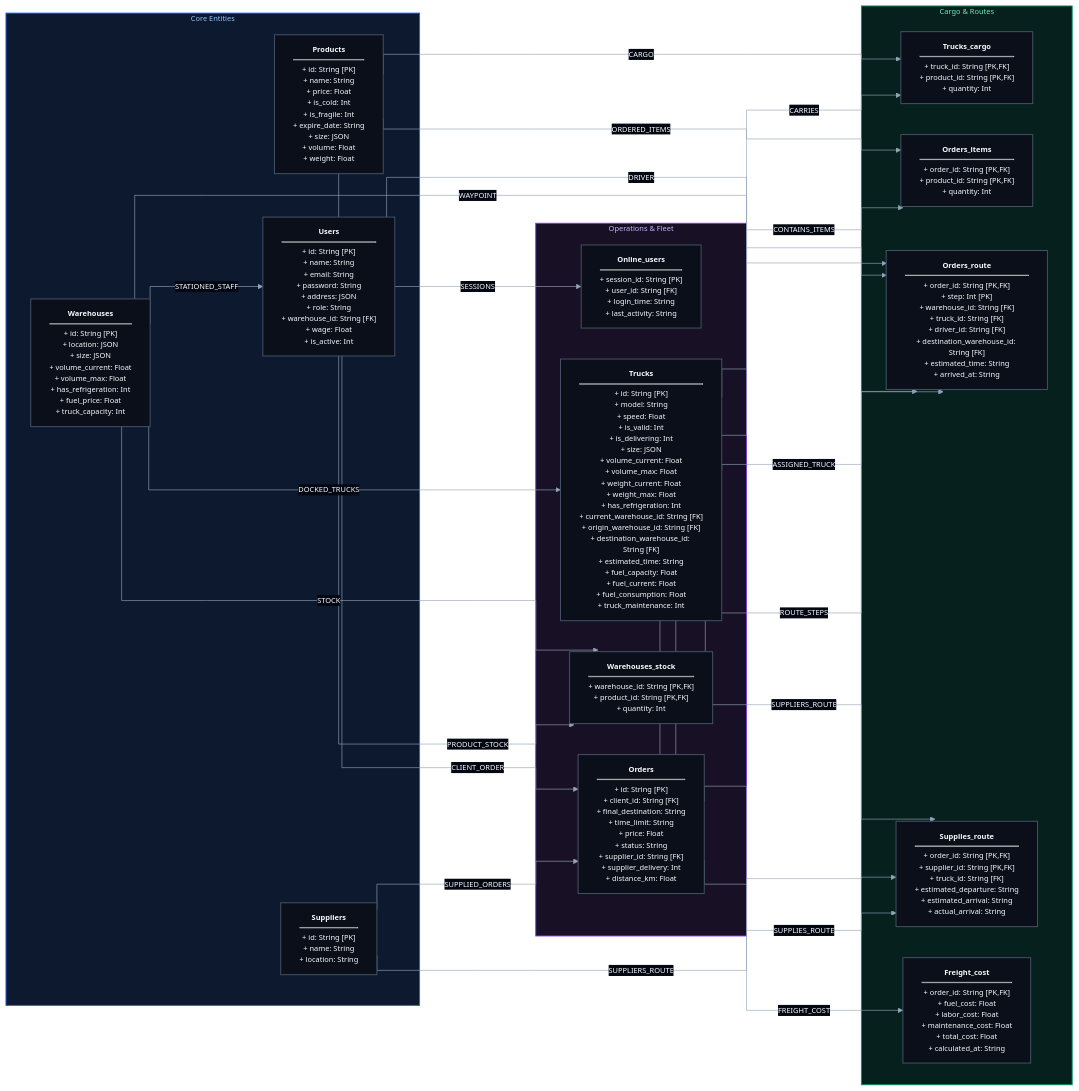
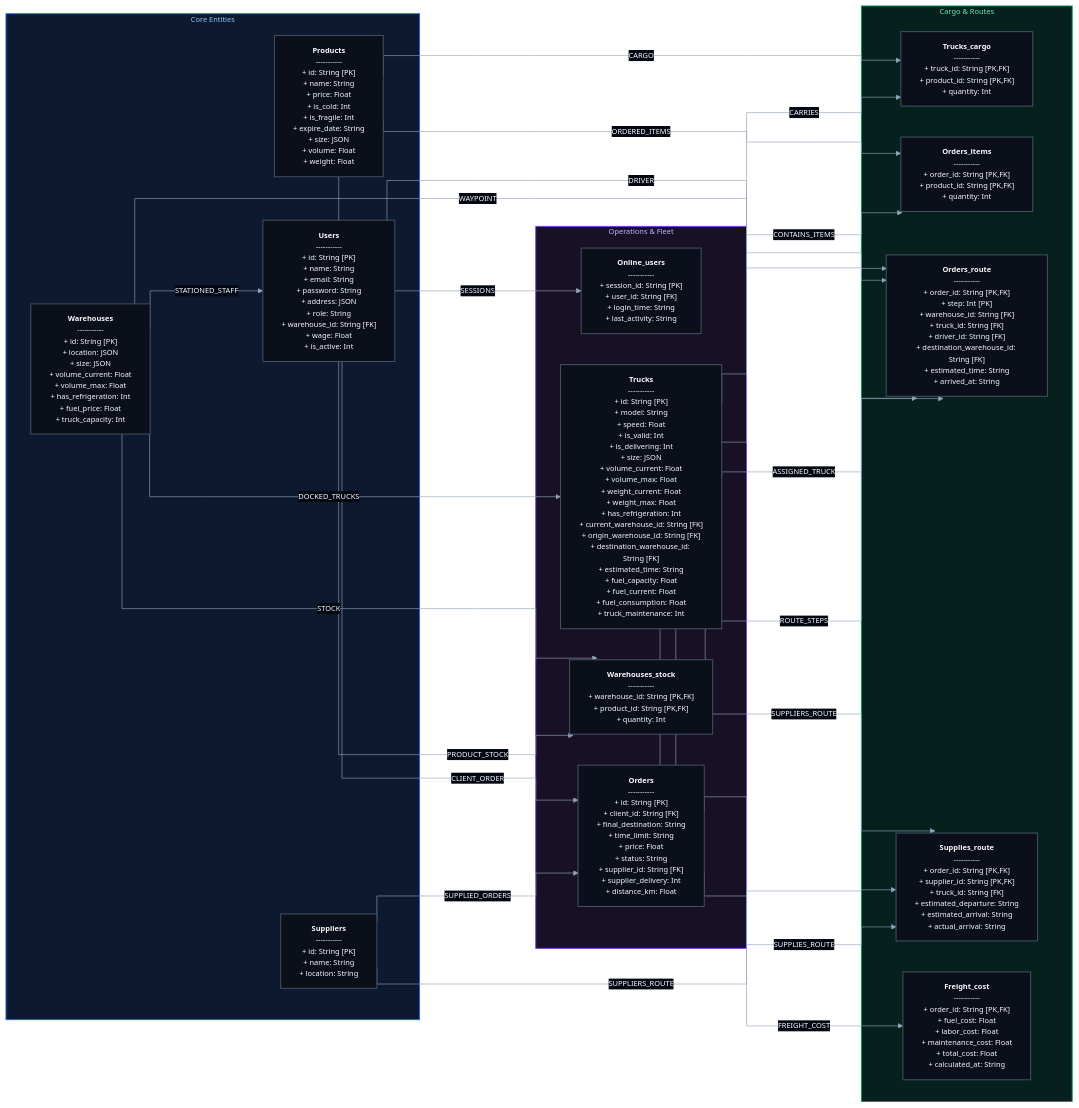
One commit to Bruno-Grosso/Simple-Logistic-System changed the diagram in back/db/UML/scheme.md. Above: the diagram before and after it, drawn with Mermaid. The commit also changed other lines of this file, not shown here.

````diff
--- a/back/db/UML/scheme.md
+++ b/back/db/UML/scheme.md
@@ -9,72 +14,70 @@
 ```mermaid
 %%{init: {
   'theme': 'base',
   'flowchart': {
     'curve': 'stepBefore',
     'nodeSpacing': 50,
     'rankSpacing': 80
   },
   'themeVariables': {
     'darkMode': true,
     'background': '#030712',
     'primaryColor': '#0f172a',
     'primaryTextColor': '#f8fafc',
     'primaryBorderColor': '#475569',
     'lineColor': '#94a3b8',
     'textColor': '#f8fafc',
     'edgeLabelBackground': '#030712',
     'fontSize': '12px'
   }
 }}%%
 flowchart LR
 
     classDef default fill:#0b0f19,stroke:#475569,stroke-width:1.5px,color:#f8fafc;
 
     subgraph Core ["Core Entities"]
-        USERS["<b>Users</b><hr/>+ id: String [PK]<br/>+ name: String<br/>+ email: String<br/>+ password: String<br/>+ address: JSON<br/>+ role: String<br/>+ warehouse_id: String [FK]<br/>+ wage: Float<br/>+ is_active: Int"]
-        PRODUCTS["<b>Products</b><hr/>+ id: String [PK]<br/>+ name: String<br/>+ price: Float<br/>+ is_cold: Int<br/>+ is_fragile: Int<br/>+ expire_date: String<br/>+ size: JSON<br/>+ volume: Float<br/>+ weight: Float"]
-        WAREHOUSES["<b>Warehouses</b><hr/>+ id: String [PK]<br/>+ location: JSON<br/>+ size: JSON<br/>+ volume_current: Float<br/>+ volume_max: Float<br/>+ has_refrigeration: Int<br/>+ fuel_price: Float<br/>+ truck_capacity: Int"]
-        SUPPLIERS["<b>Suppliers</b><hr/>+ id: String [PK]<br/>+ name: String<br/>+ location: String"]
+        USERS["<b>Users</b><br/>-----------<br/>+ id: String [PK]<br/>+ name: String<br/>+ email: String<br/>+ password: String<br/>+ address: JSON<br/>+ role: String<br/>+ warehouse_id: String [FK]<br/>+ wage: Float<br/>+ is_active: Int"]
+        PRODUCTS["<b>Products</b><br/>-----------<br/>+ id: String [PK]<br/>+ name: String<br/>+ price: Float<br/>+ is_cold: Int<br/>+ is_fragile: Int<br/>+ expire_date: String<br/>+ size: JSON<br/>+ volume: Float<br/>+ weight: Float"]
+        WAREHOUSES["<b>Warehouses</b><br/>-----------<br/>+ id: String [PK]<br/>+ location: JSON<br/>+ size: JSON<br/>+ volume_current: Float<br/>+ volume_max: Float<br/>+ has_refrigeration: Int<br/>+ fuel_price: Float<br/>+ truck_capacity: Int"]
+        SUPPLIERS["<b>Suppliers</b><br/>-----------<br/>+ id: String [PK]<br/>+ name: String<br/>+ location: String"]
     end
 
     subgraph Operations ["Operations & Fleet"]
-        ONLINE_USERS["<b>Online_users</b><hr/>+ session_id: String [PK]<br/>+ user_id: String [FK]<br/>+ login_time: String<br/>+ last_activity: String"]
-        TRUCKS["<b>Trucks</b><hr/>+ id: String [PK]<br/>+ model: String<br/>+ speed: Float<br/>+ is_valid: Int<br/>+ is_delivering: Int<br/>+ size: JSON<br/>+ volume_current: Float<br/>+ volume_max: Float<br/>+ weight_current: Float<br/>+ weight_max: Float<br/>+ has_refrigeration: Int<br/>+ current_warehouse_id: String [FK]<br/>+ origin_warehouse_id: String [FK]<br/>+ destination_warehouse_id: String [FK]<br/>+ estimated_time: String<br/>+ fuel_capacity: Float<br/>+ fuel_current: Float<br/>+ fuel_consumption: Float<br/>+ truck_maintenance: Int"]
-        WAREHOUSES_STOCK["<b>Warehouses_stock</b><hr/>+ warehouse_id: String [PK,FK]<br/>+ product_id: String [PK,FK]<br/>+ quantity: Int"]
-        ORDERS["<b>Orders</b><hr/>+ id: String [PK]<br/>+ client_id: String [FK]<br/>+ final_destination: String<br/>+ time_limit: String<br/>+ price: Float<br/>+ status: String<br/>+ supplier_id: String [FK]<br/>+ supplier_delivery: Int<br/>+ distance_km: Float"]
+        ONLINE_USERS["<b>Online_users</b><br/>-----------<br/>+ session_id: String [PK]<br/>+ user_id: String [FK]<br/>+ login_time: String<br/>+ last_activity: String"]
+        TRUCKS["<b>Trucks</b><br/>-----------<br/>+ id: String [PK]<br/>+ model: String<br/>+ speed: Float<br/>+ is_valid: Int<br/>+ is_delivering: Int<br/>+ size: JSON<br/>+ volume_current: Float<br/>+ volume_max: Float<br/>+ weight_current: Float<br/>+ weight_max: Float<br/>+ has_refrigeration: Int<br/>+ current_warehouse_id: String [FK]<br/>+ origin_warehouse_id: String [FK]<br/>+ destination_warehouse_id: String [FK]<br/>+ estimated_time: String<br/>+ fuel_capacity: Float<br/>+ fuel_current: Float<br/>+ fuel_consumption: Float<br/>+ truck_maintenance: Int"]
+        WAREHOUSES_STOCK["<b>Warehouses_stock</b><br/>-----------<br/>+ warehouse_id: String [PK,FK]<br/>+ product_id: String [PK,FK]<br/>+ quantity: Int"]
+        ORDERS["<b>Orders</b><br/>-----------<br/>+ id: String [PK]<br/>+ client_id: String [FK]<br/>+ final_destination: String<br/>+ time_limit: String<br/>+ price: Float<br/>+ status: String<br/>+ supplier_id: String [FK]<br/>+ supplier_delivery: Int<br/>+ distance_km: Float"]
     end
 
     subgraph Logistics ["Cargo & Routes"]
-        TRUCKS_CARGO["<b>Trucks_cargo</b><hr/>+ truck_id: String [PK,FK]<br/>+ product_id: String [PK,FK]<br/>+ quantity: Int"]
-        ORDERS_ITEMS["<b>Orders_items</b><hr/>+ order_id: String [PK,FK]<br/>+ product_id: String [PK,FK]<br/>+ quantity: Int"]
-        ORDERS_ROUTE["<b>Orders_route</b><hr/>+ order_id: String [PK,FK]<br/>+ step: Int [PK]<br/>+ warehouse_id: String [FK]<br/>+ truck_id: String [FK]<br/>+ driver_id: String [FK]<br/>+ destination_warehouse_id: String [FK]<br/>+ estimated_time: String<br/>+ arrived_at: String"]
-        SUPPLIES_ROUTE["<b>Supplies_route</b><hr/>+ order_id: String [PK,FK]<br/>+ supplier_id: String [PK,FK]<br/>+ truck_id: String [FK]<br/>+ estimated_departure: String<br/>+ estimated_arrival: String<br/>+ actual_arrival: String"]
-        FREIGHT_COST["<b>Freight_cost</b><hr/>+ order_id: String [PK,FK]<br/>+ fuel_cost: Float<br/>+ labor_cost: Float<br/>+ maintenance_cost: Float<br/>+ total_cost: Float<br/>+ calculated_at: String"]
+        TRUCKS_CARGO["<b>Trucks_cargo</b><br/>-----------<br/>+ truck_id: String [PK,FK]<br/>+ product_id: String [PK,FK]<br/>+ quantity: Int"]
+        ORDERS_ITEMS["<b>Orders_items</b><br/>-----------<br/>+ order_id: String [PK,FK]<br/>+ product_id: String [PK,FK]<br/>+ quantity: Int"]
+        ORDERS_ROUTE["<b>Orders_route</b><br/>-----------<br/>+ order_id: String [PK,FK]<br/>+ step: Int [PK]<br/>+ warehouse_id: String [FK]<br/>+ truck_id: String [FK]<br/>+ driver_id: String [FK]<br/>+ destination_warehouse_id: String [FK]<br/>+ estimated_time: String<br/>+ arrived_at: String"]
+        SUPPLIES_ROUTE["<b>Supplies_route</b><br/>-----------<br/>+ order_id: String [PK,FK]<br/>+ supplier_id: String [PK,FK]<br/>+ truck_id: String [FK]<br/>+ estimated_departure: String<br/>+ estimated_arrival: String<br/>+ actual_arrival: String"]
+        FREIGHT_COST["<b>Freight_cost</b><br/>-----------<br/>+ order_id: String [PK,FK]<br/>+ fuel_cost: Float<br/>+ labor_cost: Float<br/>+ maintenance_cost: Float<br/>+ total_cost: Float<br/>+ calculated_at: String"]
     end
 
-    %% Distinct division styling (different from canvas and cards)
     style Core fill:#0c192e,stroke:#2563eb,stroke-width:1.5px,color:#93c5fd
     style Operations fill:#181126,stroke:#7c3aed,stroke-width:1.5px,color:#c4b5fd
     style Logistics fill:#06211d,stroke:#059669,stroke-width:1.5px,color:#6ee7b7
 
-    %% Relationships with orthogonal routing
     USERS -->|SESSIONS| ONLINE_USERS
     USERS -->|CLIENT_ORDER| ORDERS
     USERS -->|DRIVER| ORDERS_ROUTE
     WAREHOUSES -->|STATIONED_STAFF| USERS
     WAREHOUSES -->|STOCK| WAREHOUSES_STOCK
     WAREHOUSES -->|DOCKED_TRUCKS| TRUCKS
     WAREHOUSES -->|WAYPOINT| ORDERS_ROUTE
     PRODUCTS -->|PRODUCT_STOCK| WAREHOUSES_STOCK
     PRODUCTS -->|ORDERED_ITEMS| ORDERS_ITEMS
     PRODUCTS -->|CARGO| TRUCKS_CARGO
     TRUCKS -->|CARRIES| TRUCKS_CARGO
     TRUCKS -->|ASSIGNED_TRUCK| ORDERS_ROUTE
     TRUCKS -->|SUPPLIERS_ROUTE| SUPPLIES_ROUTE
     SUPPLIERS -->|SUPPLIED_ORDERS| ORDERS
     SUPPLIERS -->|SUPPLIERS_ROUTE| SUPPLIES_ROUTE
     ORDERS -->|CONTAINS_ITEMS| ORDERS_ITEMS
     ORDERS -->|ROUTE_STEPS| ORDERS_ROUTE
     ORDERS -->|SUPPLIES_ROUTE| SUPPLIES_ROUTE
     ORDERS -->|FREIGHT_COST| FREIGHT_COST
 ```
````
